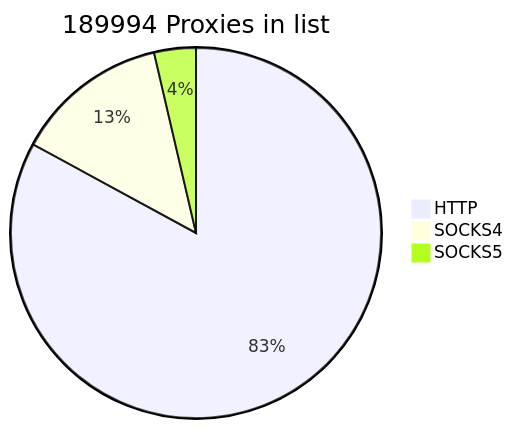
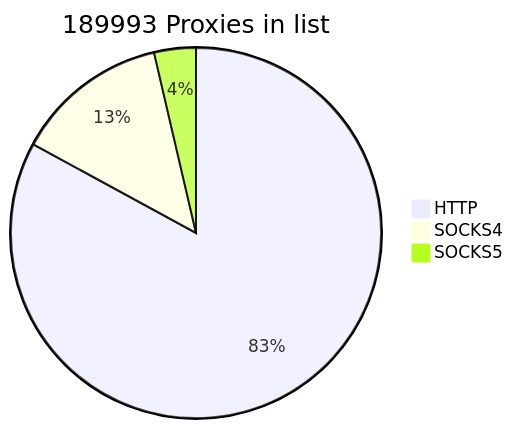
Before and after one commit to cutipu/proxylist: the first of 2 diagrams in README.md, drawn with Mermaid. The commit also changed other lines of this file, not shown here.

````diff
--- a/README.md
+++ b/README.md
@@ -2,7 +2,7 @@
 ```mermaid
-pie title 189994 Proxies in list
+pie title 189993 Proxies in list
     "HTTP" : 157578
     "SOCKS4" : 25497
-    "SOCKS5" : 6919
+    "SOCKS5" : 6918
             
 ```
````
